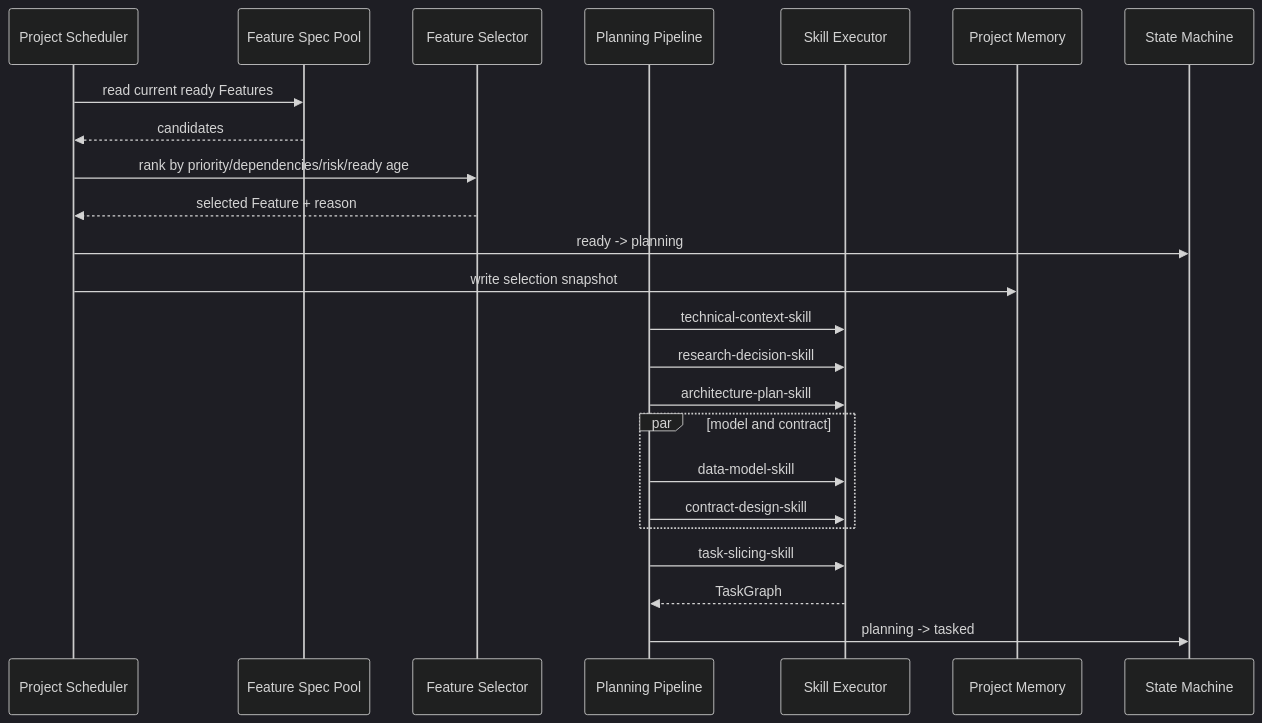
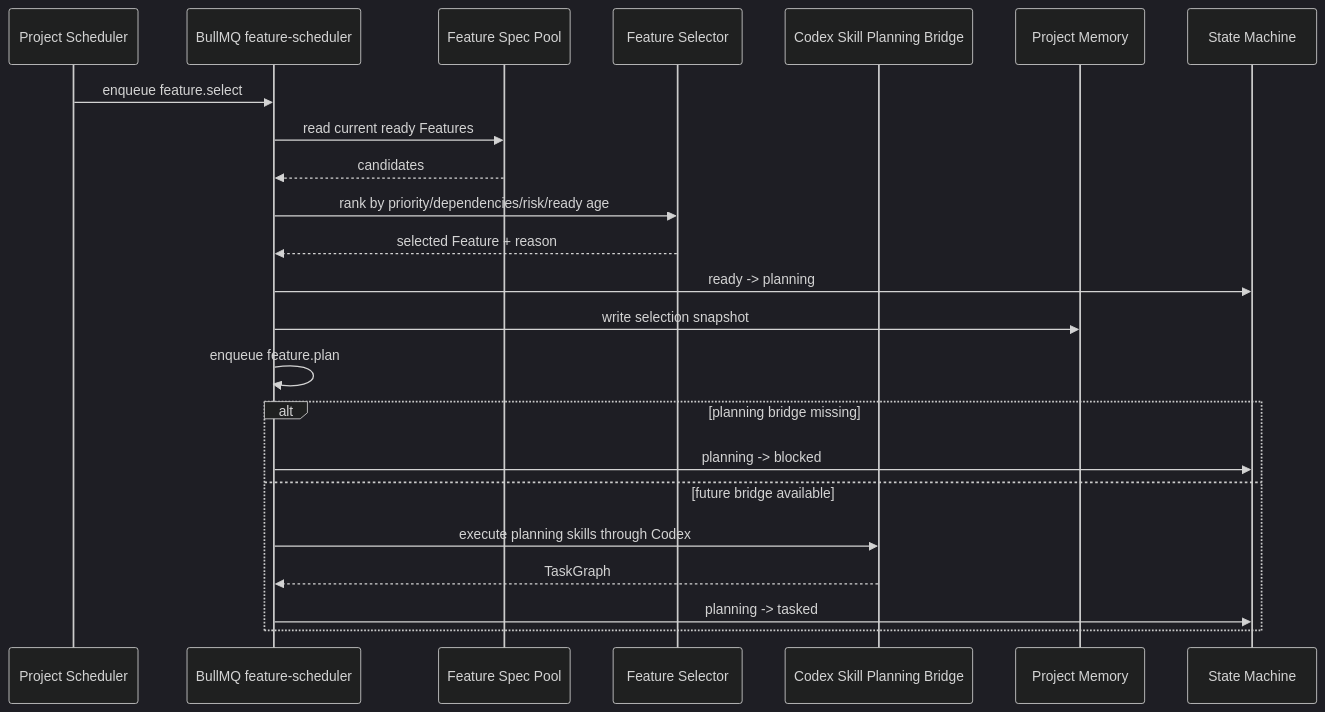
One commit to songcojp/Spec-Driven-Autonomous-Coding-System changed the fourth of 13 diagrams in docs/zh-CN/design.md. Above: the diagram before and after it, drawn with Mermaid (dark theme). The commit also changed other lines of this file and 30 other files, not shown here.

````diff
--- a/docs/zh-CN/design.md
+++ b/docs/zh-CN/design.md
@@ -1155,27 +1157,26 @@
 ```mermaid
 sequenceDiagram
   participant PS as Project Scheduler
+  participant Q as BullMQ feature-scheduler
   participant Pool as Feature Spec Pool
   participant F as Feature Selector
-  participant Plan as Planning Pipeline
-  participant K as Skill Executor
+  participant Plan as Codex Skill Planning Bridge
   participant M as Project Memory
   participant SM as State Machine
 
-  PS->>Pool: read current ready Features
-  Pool-->>PS: candidates
-  PS->>F: rank by priority/dependencies/risk/ready age
-  F-->>PS: selected Feature + reason
-  PS->>SM: ready -> planning
-  PS->>M: write selection snapshot
-  Plan->>K: technical-context-skill
-  Plan->>K: research-decision-skill
-  Plan->>K: architecture-plan-skill
-  par model and contract
-    Plan->>K: data-model-skill
-    Plan->>K: contract-design-skill
+  PS->>Q: enqueue feature.select
+  Q->>Pool: read current ready Features
+  Pool-->>Q: candidates
+  Q->>F: rank by priority/dependencies/risk/ready age
+  F-->>Q: selected Feature + reason
+  Q->>SM: ready -> planning
+  Q->>M: write selection snapshot
+  Q->>Q: enqueue feature.plan
+  alt planning bridge missing
+    Q->>SM: planning -> blocked
+  else future bridge available
+    Q->>Plan: execute planning skills through Codex
+    Plan-->>Q: TaskGraph
+    Q->>SM: planning -> tasked
   end
-  Plan->>K: task-slicing-skill
-  K-->>Plan: TaskGraph
-  Plan->>SM: planning -> tasked
 ```
````
